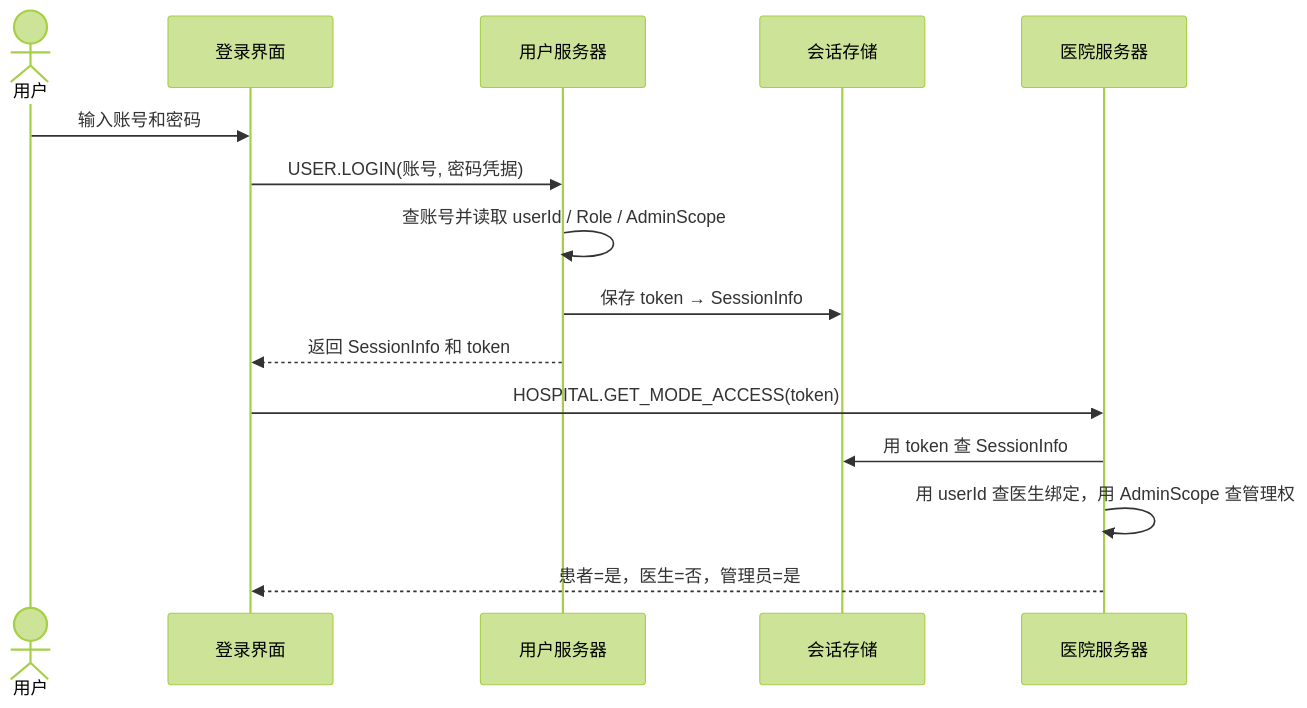
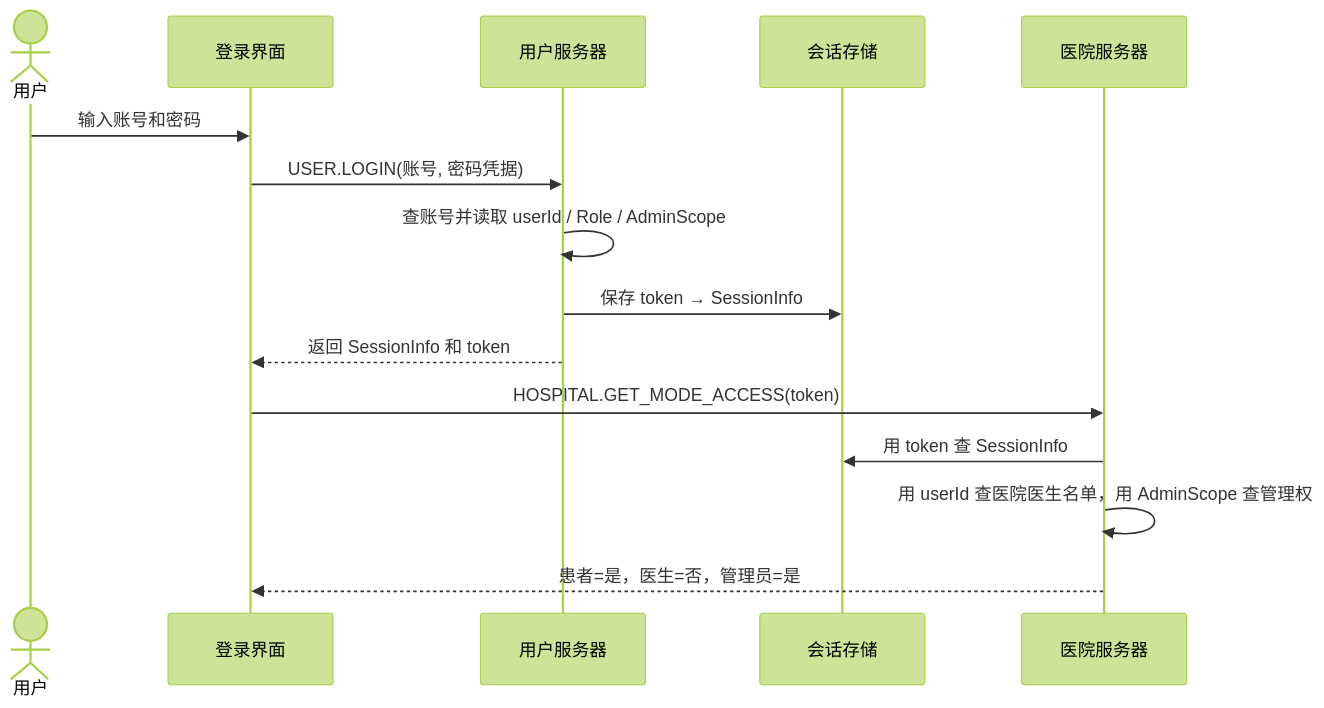
Before and after one commit to qlaxyy/JAVA-Campus-software: the first of 4 diagrams in docs/design/SYSTEM_DESIGN.md, drawn with Mermaid (forest theme). The commit also changed other lines of this file and 6 other files, not shown here.

````diff
--- a/docs/design/SYSTEM_DESIGN.md
+++ b/docs/design/SYSTEM_DESIGN.md
@@ -356,18 +356,18 @@
 ```mermaid
 sequenceDiagram
     actor User as 用户
     participant Login as 登录界面
     participant Auth as 用户服务器
     participant Session as 会话存储
     participant Hospital as 医院服务器
 
     User->>Login: 输入账号和密码
     Login->>Auth: USER.LOGIN(账号, 密码凭据)
     Auth->>Auth: 查账号并读取 userId / Role / AdminScope
     Auth->>Session: 保存 token → SessionInfo
     Auth-->>Login: 返回 SessionInfo 和 token
     Login->>Hospital: HOSPITAL.GET_MODE_ACCESS(token)
     Hospital->>Session: 用 token 查 SessionInfo
-    Hospital->>Hospital: 用 userId 查医生绑定，用 AdminScope 查管理权
+    Hospital->>Hospital: 用 userId 查医院医生名单，用 AdminScope 查管理权
     Hospital-->>Login: 患者=是，医生=否，管理员=是
 ```
````
